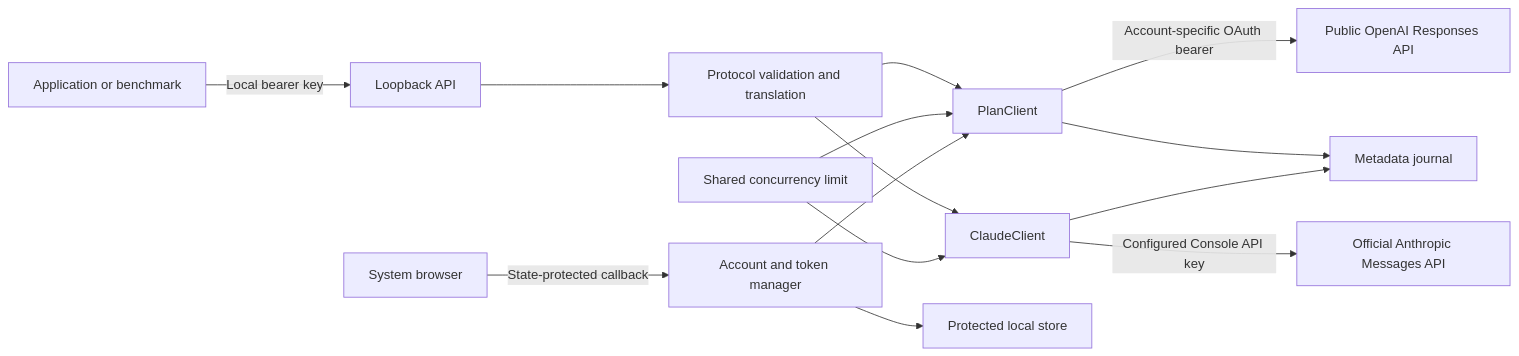
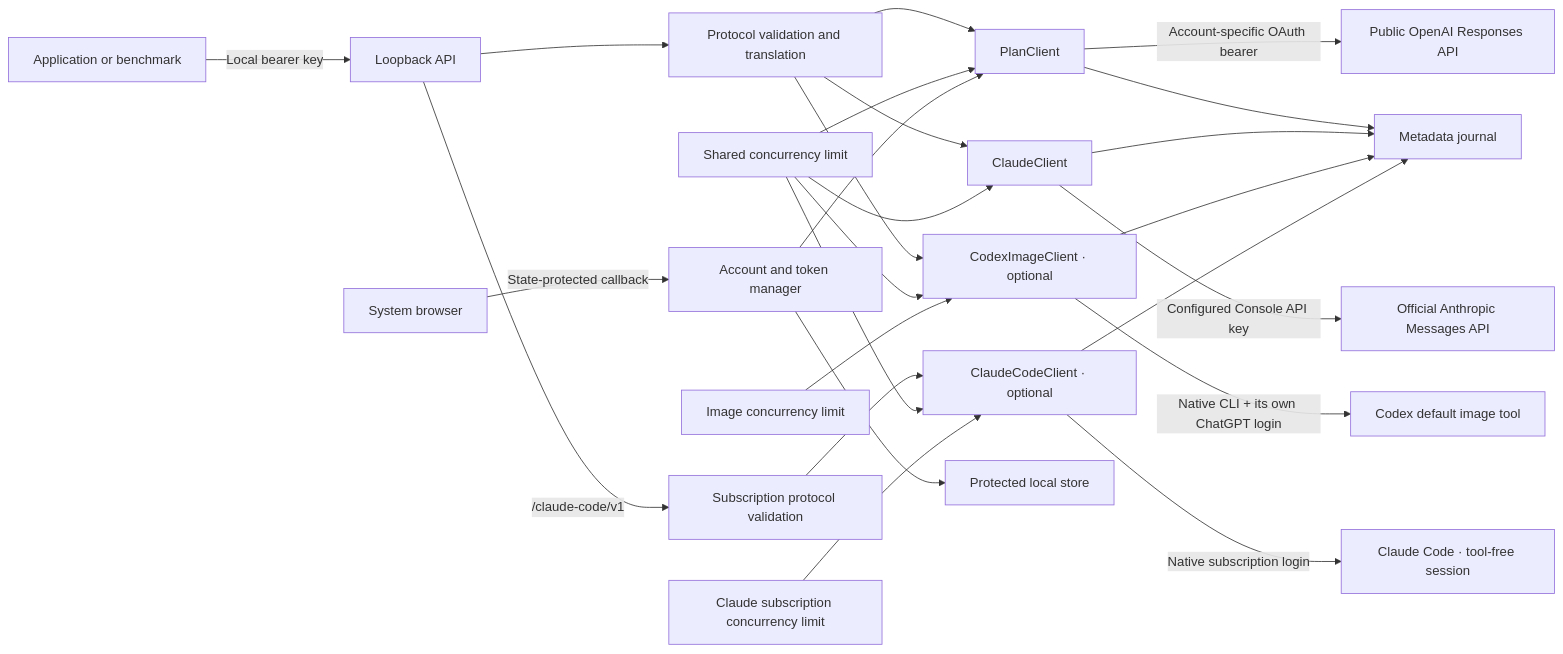
The diagram in docs/architecture.md (Nerdstorm/ClaudexOpenRouter), drawn with Mermaid before and after one commit. The commit also changed other lines of this file and 23 other files, not shown here.

First line of the commit message:
feat: add native Claude subscription and Codex image backends

````diff
--- a/docs/architecture.md
+++ b/docs/architecture.md
@@ -5,16 +5,27 @@
 ```mermaid
 flowchart LR
     C[Application or benchmark] -->|Local bearer key| G[Loopback API]
     G --> P[Protocol validation and translation]
     P --> T[PlanClient]
     P --> CAPI[ClaudeClient]
+    P --> I[CodexImageClient · optional]
+    G -->|/claude-code/v1| CP[Subscription protocol validation]
+    CP --> CC[ClaudeCodeClient · optional]
     T -->|Account-specific OAuth bearer| R[Public OpenAI Responses API]
     CAPI -->|Configured Console API key| AR[Official Anthropic Messages API]
     T --> J[Metadata journal]
     CAPI --> J
+    I -->|Native CLI + its own ChatGPT login| CLI[Codex default image tool]
+    I --> J
+    CC -->|Native subscription login| CCLI[Claude Code · tool-free session]
+    CC --> J
     L[Shared concurrency limit] --> T
     L --> CAPI
+    L --> I
+    L --> CC
+    IL[Image concurrency limit] --> I
+    CL[Claude subscription concurrency limit] --> CC
     A[Account and token manager] --> T
     A --> S[Protected local store]
     B[System browser] -->|State-protected callback| A
 ```
````
